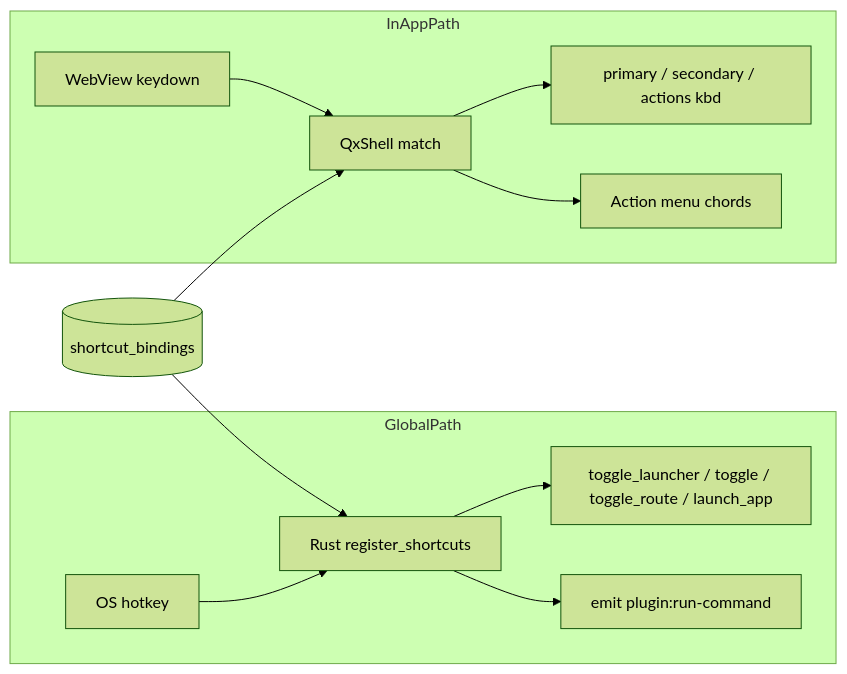
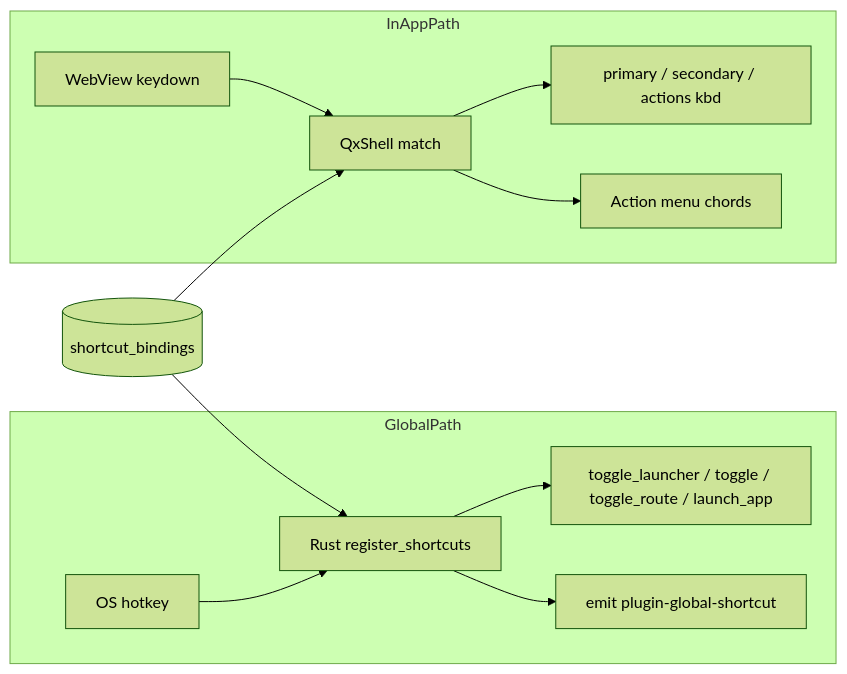
The diagram in docs/shortcut-registry.md (mcxen/qx), drawn with Mermaid (forest theme) before and after one commit. The commit also changed other lines of this file and 55 other files, not shown here.

````diff
--- a/docs/shortcut-registry.md
+++ b/docs/shortcut-registry.md
@@ -202,17 +203,17 @@
 ```mermaid
 flowchart LR
   subgraph GlobalPath
     OS[OS hotkey] --> RustReg[Rust register_shortcuts]
     RustReg --> Host[toggle_launcher / toggle / toggle_route / launch_app]
-    RustReg --> PluginEvt[emit plugin:run-command]
+    RustReg --> PluginEvt[emit plugin-global-shortcut]
   end
 
   subgraph InAppPath
     Key[WebView keydown] --> Shell[QxShell match]
     Shell --> Action[primary / secondary / actions kbd]
     Shell --> Menu[Action menu chords]
   end
 
   Settings[(shortcut_bindings)] --> RustReg
   Settings --> Shell
 ```
````
